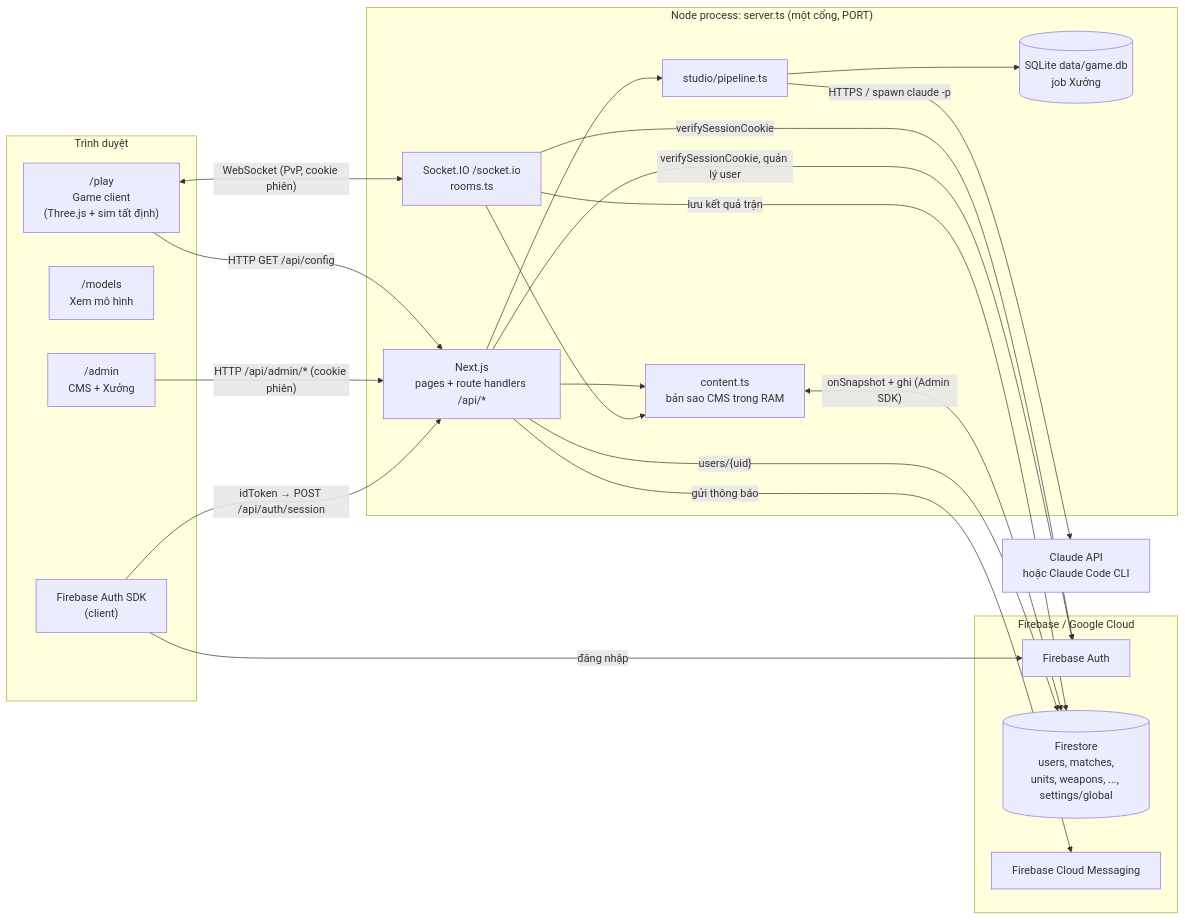
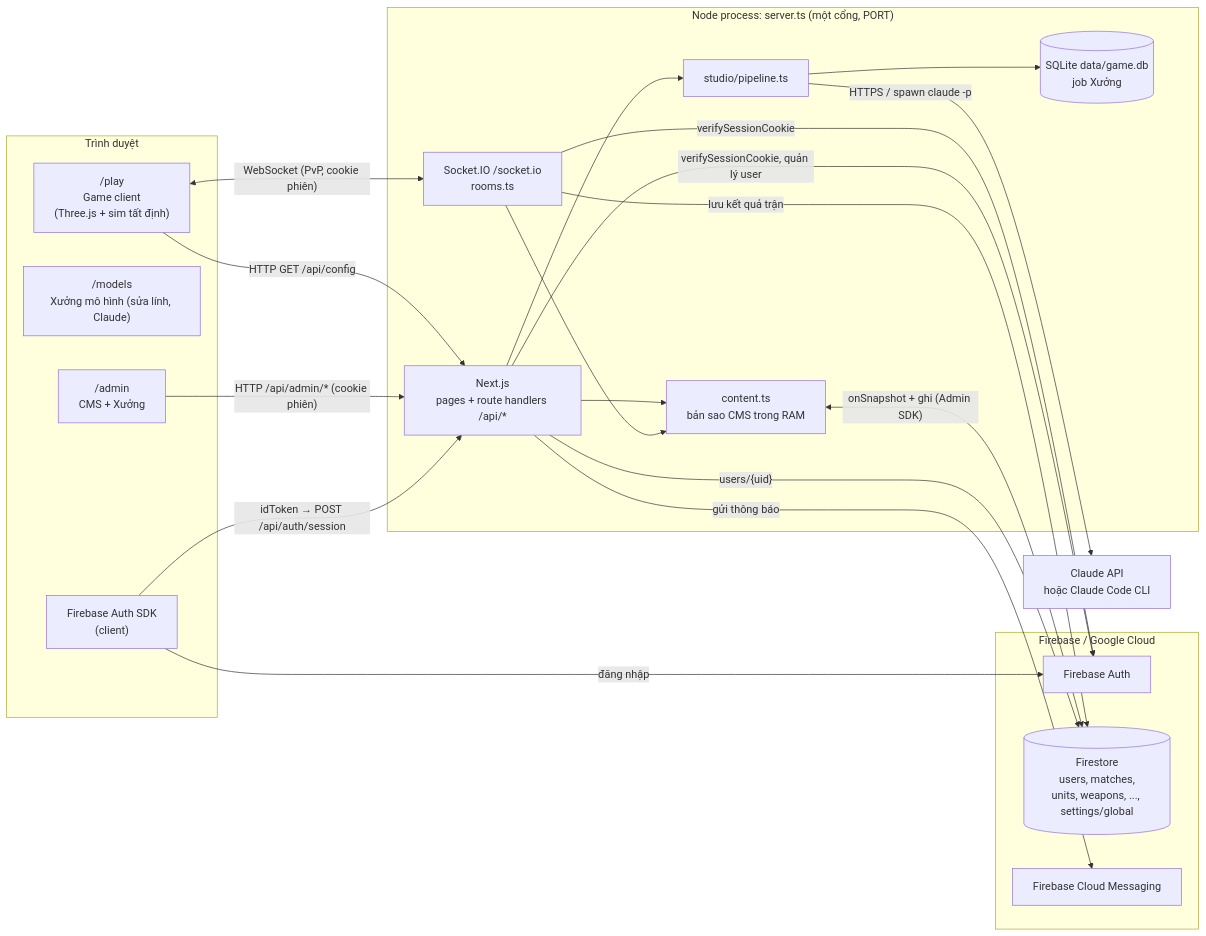
Before and after one commit to lualua0909/simulator-battle-webgame: the first of 10 diagrams in docs/ARCHITECTURE.md, drawn with Mermaid. The commit also changed other lines of this file and 20 other files, not shown here.

````diff
--- a/docs/ARCHITECTURE.md
+++ b/docs/ARCHITECTURE.md
@@ -18,43 +18,43 @@
 ```mermaid
 flowchart LR
   subgraph Browser["Trình duyệt"]
     Game["/play<br/>Game client<br/>(Three.js + sim tất định)"]
-    Models["/models<br/>Xem mô hình"]
+    Models["/models<br/>Xưởng mô hình (sửa lính, Claude)"]
     CMS["/admin<br/>CMS + Xưởng"]
     FBClient["Firebase Auth SDK<br/>(client)"]
   end
 
   subgraph Node["Node process: server.ts (một cổng, PORT)"]
     Next["Next.js<br/>pages + route handlers /api/*"]
     IO["Socket.IO /socket.io<br/>rooms.ts"]
     Content["content.ts<br/>bản sao CMS trong RAM"]
     Studio["studio/pipeline.ts"]
     SQLite[("SQLite data/game.db<br/>job Xưởng")]
   end
 
   subgraph Google["Firebase / Google Cloud"]
     FAuth["Firebase Auth"]
     FS[("Firestore<br/>users, matches,<br/>units, weapons, ..., settings/global")]
     FCM["Firebase Cloud Messaging"]
   end
 
   Claude["Claude API<br/>hoặc Claude Code CLI"]
 
   Game -- "HTTP GET /api/config" --> Next
   Game <-- "WebSocket (PvP, cookie phiên)" --> IO
   CMS -- "HTTP /api/admin/* (cookie phiên)" --> Next
   FBClient -- "đăng nhập" --> FAuth
   FBClient -- "idToken → POST /api/auth/session" --> Next
 
   Next --> Content
   IO --> Content
   IO -- "verifySessionCookie" --> FAuth
   IO -- "lưu kết quả trận" --> FS
   Content <-- "onSnapshot + ghi (Admin SDK)" --> FS
   Next -- "verifySessionCookie, quản lý user" --> FAuth
   Next -- "users/{uid}" --> FS
   Next -- "gửi thông báo" --> FCM
   Next --> Studio
   Studio --> SQLite
   Studio -- "HTTPS / spawn claude -p" --> Claude
 ```
````
